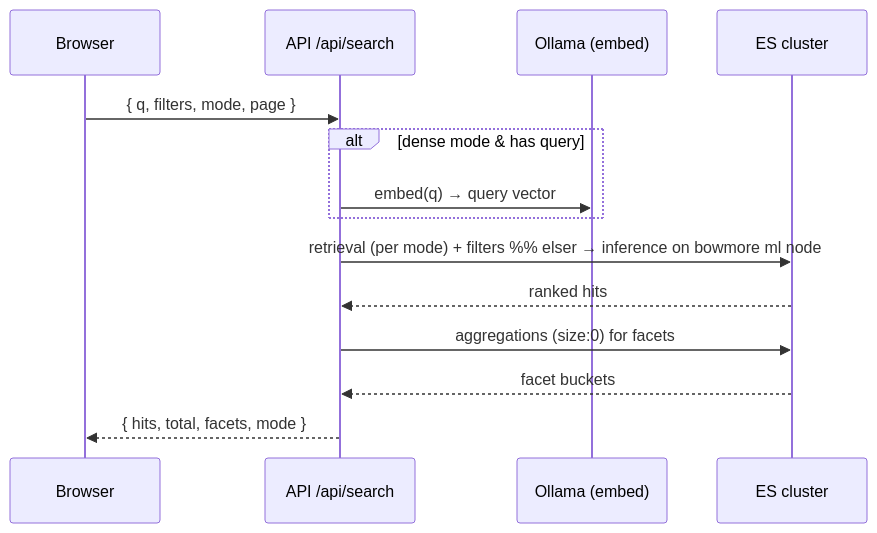
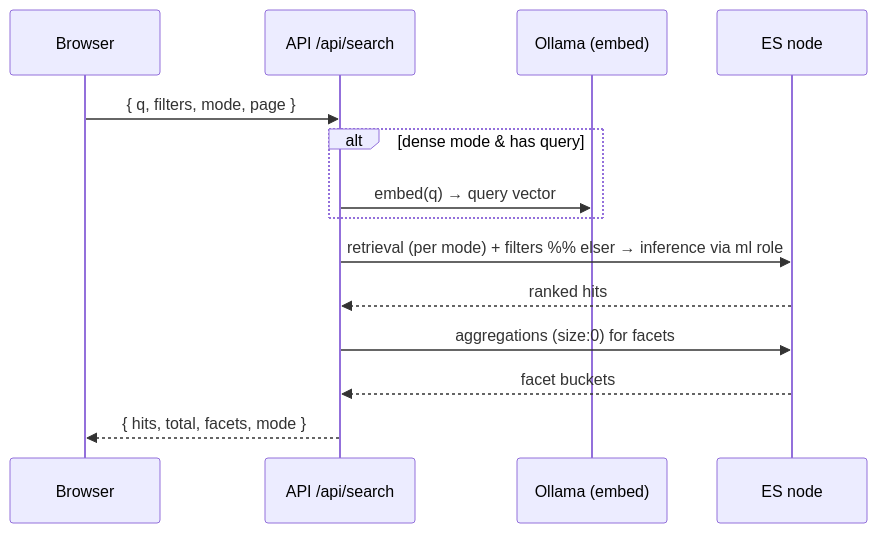
One commit to benoitquette/conversational-job-search-poc changed the fifth of 9 diagrams in ARCHITECTURE.md. Above: the diagram before and after it, drawn with Mermaid. The commit also changed other lines of this file and 12 other files, not shown here.

First line of the commit message:
refactor(deploy): consolidate 2-node ES cluster onto a single bowmore node

````diff
--- a/ARCHITECTURE.md
+++ b/ARCHITECTURE.md
@@ -96,17 +95,17 @@
 ```mermaid
 sequenceDiagram
   participant U as Browser
   participant API as API /api/search
   participant O as Ollama (embed)
-  participant ES as ES cluster
+  participant ES as ES node
 
   U->>API: { q, filters, mode, page }
   alt dense mode & has query
     API->>O: embed(q) → query vector
   end
-  API->>ES: retrieval (per mode) + filters  %% elser → inference on bowmore ml node
+  API->>ES: retrieval (per mode) + filters  %% elser → inference via ml role
   ES-->>API: ranked hits
   API->>ES: aggregations (size:0) for facets
   ES-->>API: facet buckets
   API-->>U: { hits, total, facets, mode }
 ```
````
